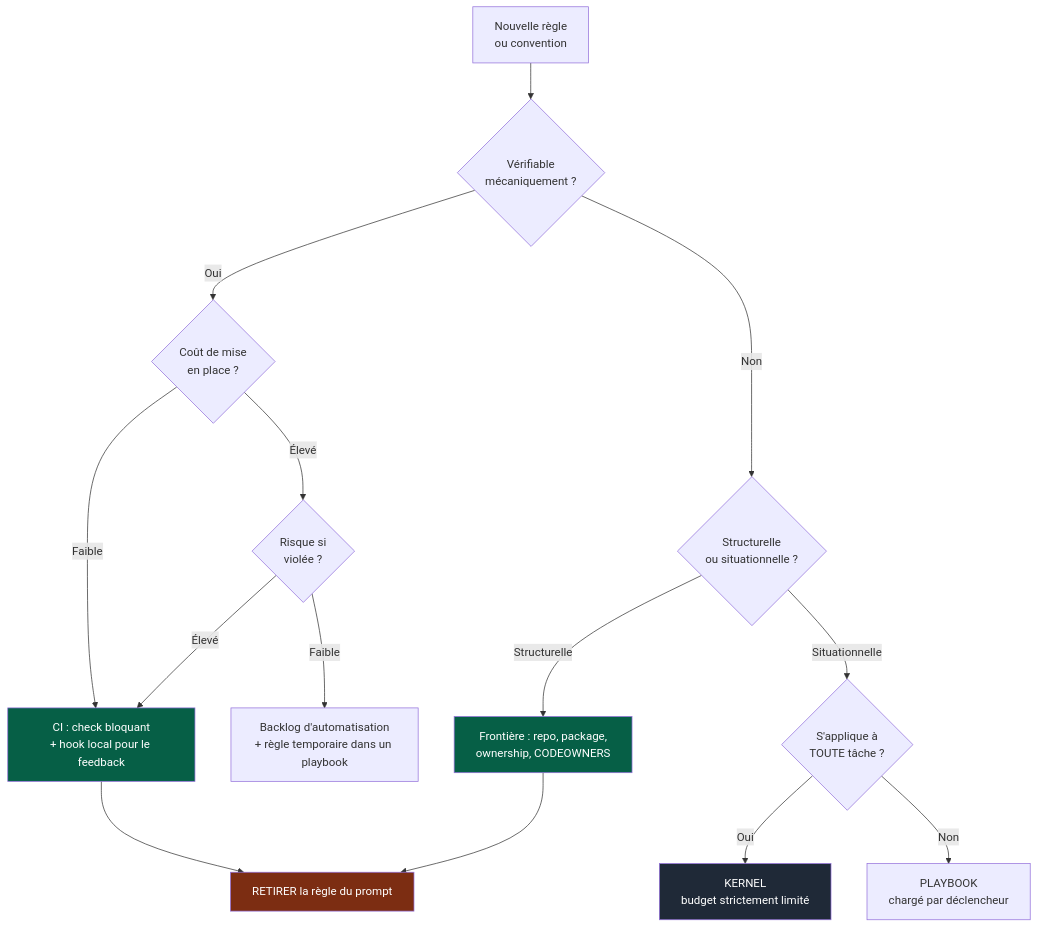
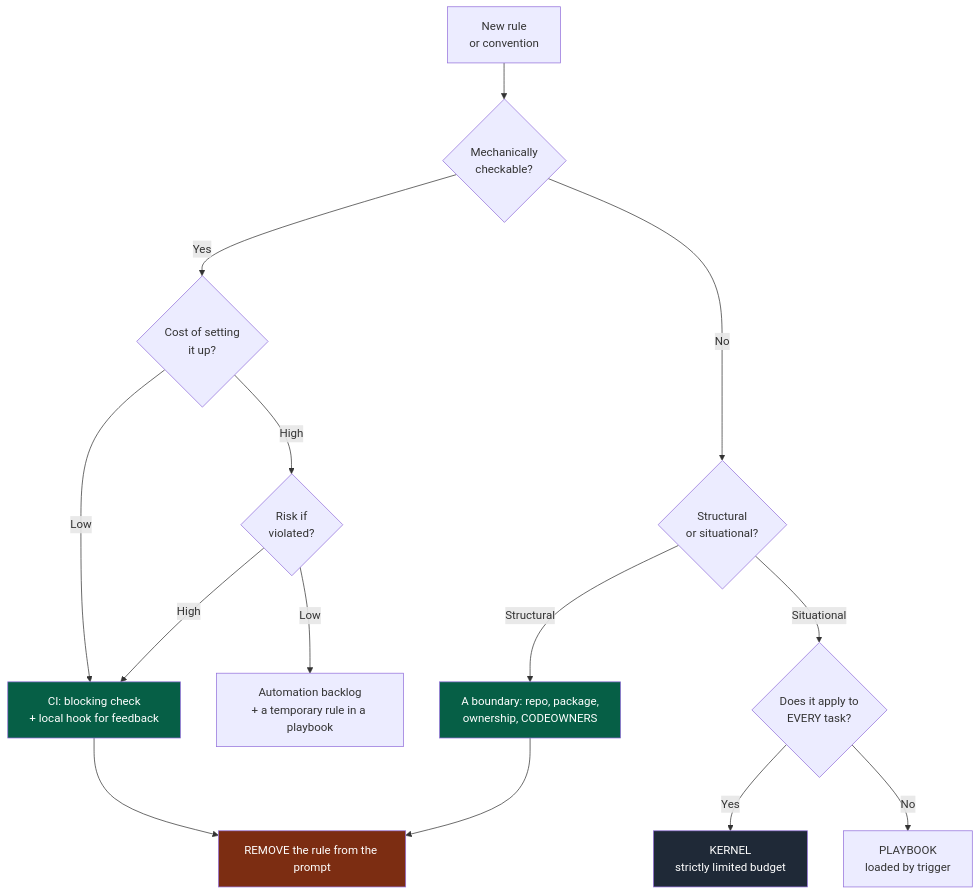
The first of 4 diagrams in skeleton/docs/os/07-governance.md (NapkinStack/engineering-os), drawn with Mermaid before and after one commit. The commit also changed other lines of this file, not shown here.

````diff
--- a/skeleton/docs/os/07-governance.md
+++ b/skeleton/docs/os/07-governance.md
@@ -21,27 +21,27 @@
 ```mermaid
 flowchart TD
-    A["Nouvelle règle<br/>ou convention"] --> B{"Vérifiable<br/>mécaniquement ?"}
+    A["New rule<br/>or convention"] --> B{"Mechanically<br/>checkable?"}
 
-    B -->|Oui| C{"Coût de mise<br/>en place ?"}
-    B -->|Non| G{"Structurelle<br/>ou situationnelle ?"}
+    B -->|Yes| C{"Cost of setting<br/>it up?"}
+    B -->|No| G{"Structural<br/>or situational?"}
 
-    C -->|Faible| D["CI : check bloquant<br/>+ hook local pour le feedback"]
-    C -->|Élevé| E{"Risque si<br/>violée ?"}
+    C -->|Low| D["CI: blocking check<br/>+ local hook for feedback"]
+    C -->|High| E{"Risk if<br/>violated?"}
 
-    E -->|Élevé| D
-    E -->|Faible| F["Backlog d'automatisation<br/>+ règle temporaire dans un playbook"]
+    E -->|High| D
+    E -->|Low| F["Automation backlog<br/>+ a temporary rule in a playbook"]
 
-    G -->|Structurelle| H["Frontière : repo, package,<br/>ownership, CODEOWNERS"]
-    G -->|Situationnelle| I{"S'applique à<br/>TOUTE tâche ?"}
+    G -->|Structural| H["A boundary: repo, package,<br/>ownership, CODEOWNERS"]
+    G -->|Situational| I{"Does it apply to<br/>EVERY task?"}
 
-    I -->|Oui| J["KERNEL<br/>budget strictement limité"]
-    I -->|Non| K["PLAYBOOK<br/>chargé par déclencheur"]
+    I -->|Yes| J["KERNEL<br/>strictly limited budget"]
+    I -->|No| K["PLAYBOOK<br/>loaded by trigger"]
 
-    D --> L["RETIRER la règle du prompt"]
+    D --> L["REMOVE the rule from the prompt"]
     H --> L
 
     style D fill:#065f46,color:#fff
     style H fill:#065f46,color:#fff
     style J fill:#1f2937,color:#fff
     style L fill:#7c2d12,color:#fff
 ```
````
